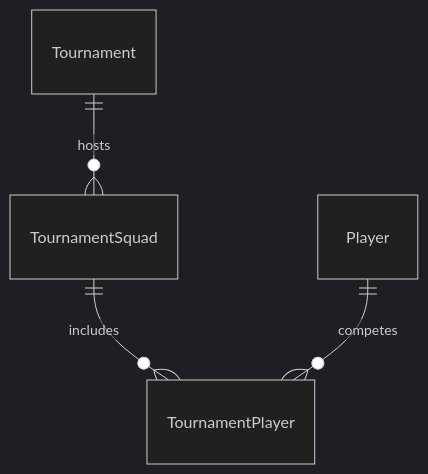
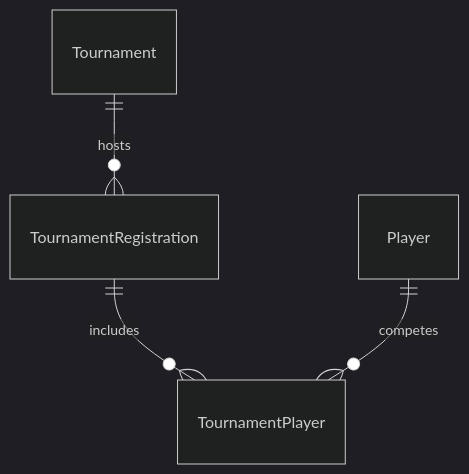
One commit to MarioKartCentral/MarioKartCentral changed the seventh of 9 diagrams in docs/database.md. Above: the diagram before and after it, drawn with Mermaid (dark theme). The commit also changed other lines of this file and 25 other files, not shown here.

````diff
--- a/docs/database.md
+++ b/docs/database.md
@@ -256,7 +256,7 @@
 ```mermaid
 erDiagram
     %% Registration
-    Tournament ||--o{ TournamentSquad : "hosts"
-    TournamentSquad ||--o{ TournamentPlayer : "includes"
+    Tournament ||--o{ TournamentRegistration : "hosts"
+    TournamentRegistration ||--o{ TournamentPlayer : "includes"
     Player ||--o{ TournamentPlayer : "competes"
 ```
````
